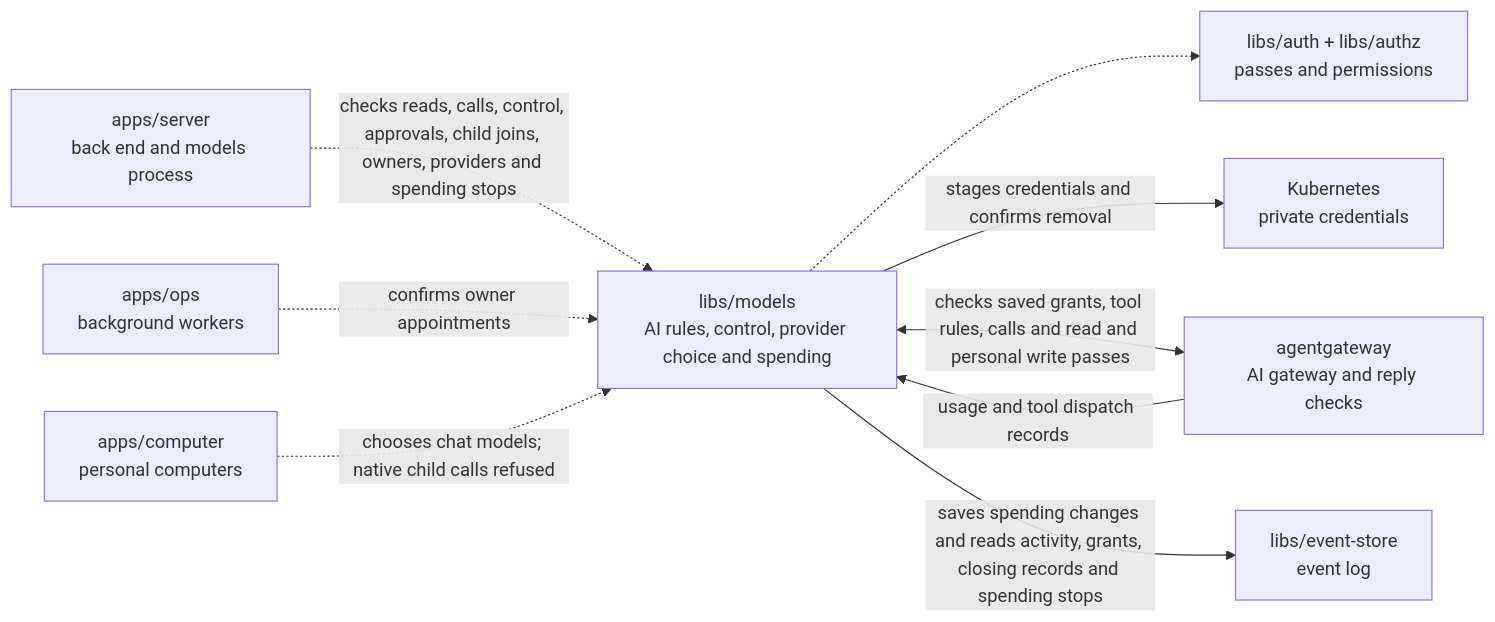
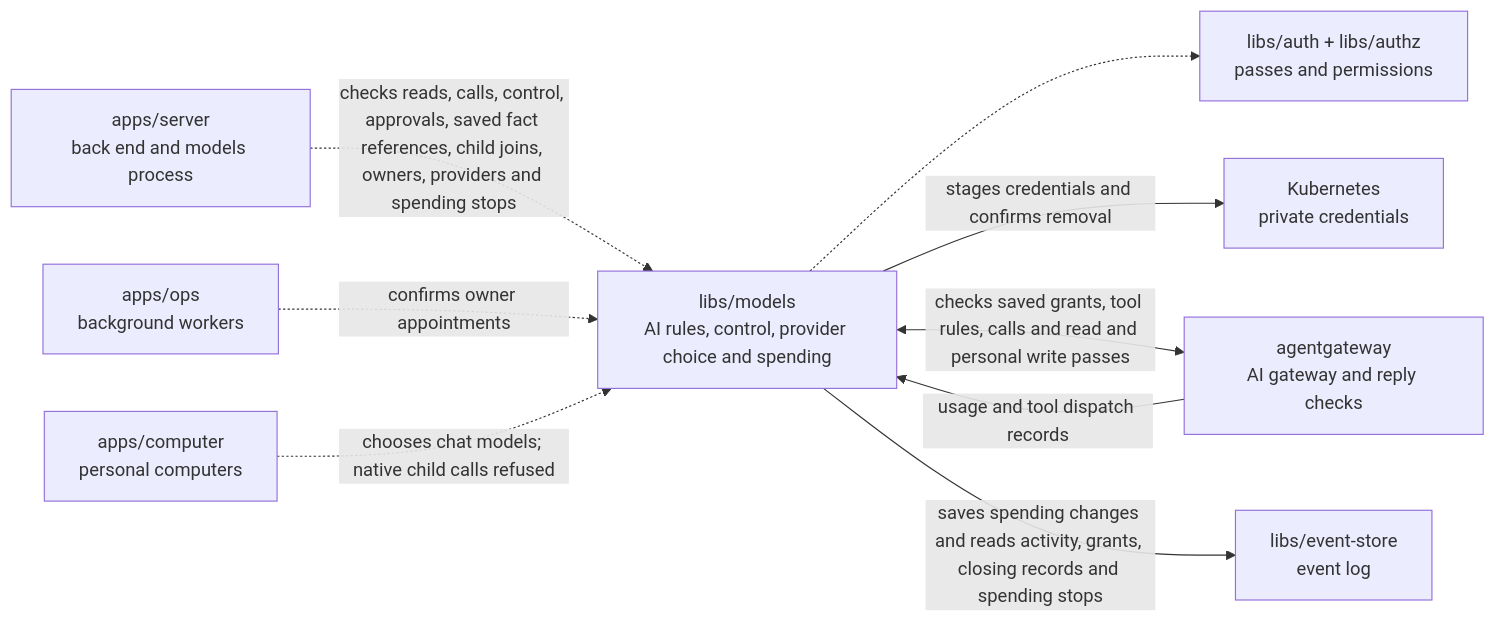
One commit to elewa-git/opencrane-new changed the diagram in libs/models/README.md. Above: the diagram before and after it, drawn with Mermaid. The commit also changed other lines of this file and 14 other files, not shown here.

````diff
--- a/libs/models/README.md
+++ b/libs/models/README.md
@@ -14,11 +14,11 @@
 ```mermaid
 flowchart LR
-  server["apps/server<br/>back end and models process"] -.->|checks reads, calls, control, approvals, child joins, owners, providers and spending stops| models["libs/models<br/>AI rules, control, provider choice and spending"]
+  server["apps/server<br/>back end and models process"] -.->|checks reads, calls, control, approvals, saved fact references, child joins, owners, providers and spending stops| models["libs/models<br/>AI rules, control, provider choice and spending"]
   ops["apps/ops<br/>background workers"] -.->|confirms owner appointments| models
   computer["apps/computer<br/>personal computers"] -.->|chooses chat models; native child calls refused| models
   models -.-> auth["libs/auth + libs/authz<br/>passes and permissions"]
   models -->|stages credentials and confirms removal| custody["Kubernetes<br/>private credentials"]
   models <-->|checks saved grants, tool rules, calls and read and personal write passes| gateway["agentgateway<br/>AI gateway and reply checks"]
   gateway -->|usage and tool dispatch records| models
   models -->|saves spending changes and reads activity, grants, closing records and spending stops| store["libs/event-store<br/>event log"]
 ```
````
